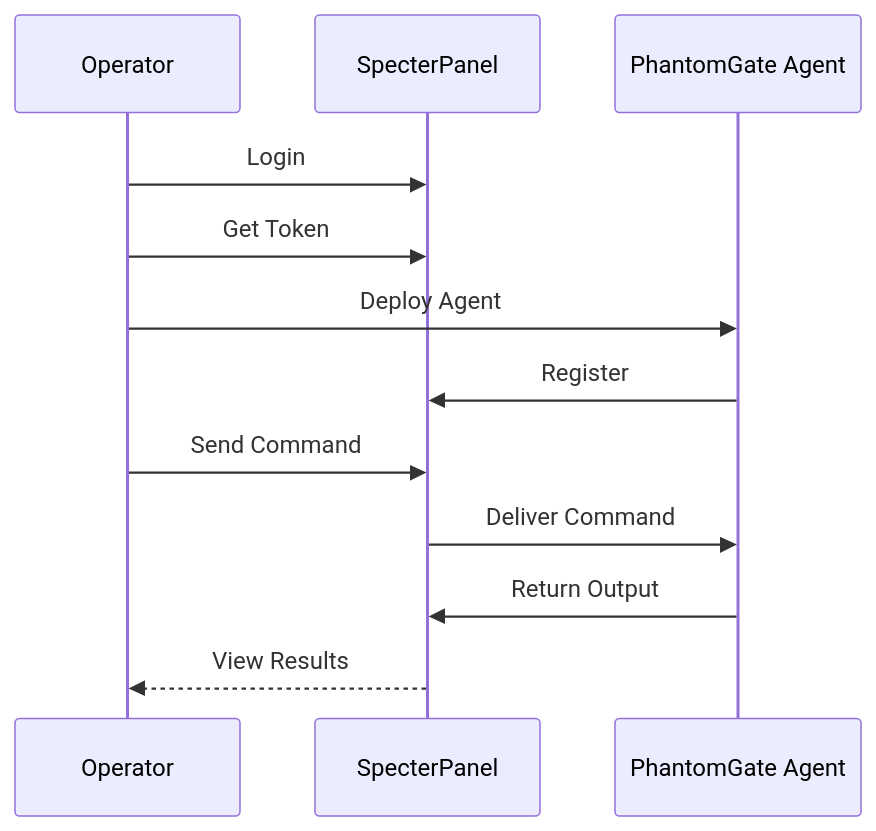
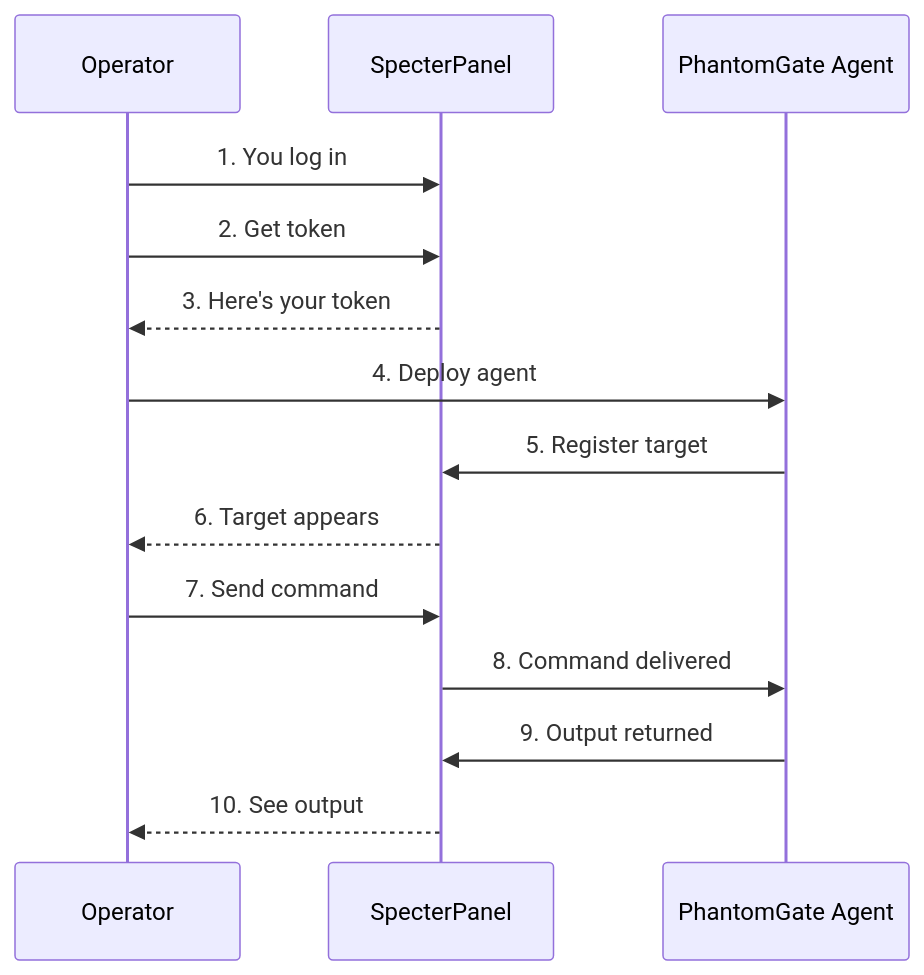
The diagram in README.md (omerKkemal/oh-tool-v2), drawn with Mermaid before and after one commit. The commit also changed other lines of this file, not shown here.

````diff
--- a/README.md
+++ b/README.md
@@ -58,12 +59,14 @@
 ```mermaid
 sequenceDiagram
     
-    Operator ->> SpecterPanel: Login
-    Operator ->> SpecterPanel: Get Token
-    Operator ->> PhantomGate Agent: Deploy Agent
-    PhantomGate Agent ->> SpecterPanel: Register
-    Operator ->> SpecterPanel: Send Command
-    SpecterPanel ->> PhantomGate Agent: Deliver Command
-    PhantomGate Agent ->> SpecterPanel: Return Output
-    SpecterPanel -->> Operator: View Results
+    Operator ->> SpecterPanel: 1. You log in
+    Operator ->> SpecterPanel: 2. Get token
+    SpecterPanel -->> Operator: 3. Here's your token
+    Operator ->> PhantomGate Agent: 4. Deploy agent
+    PhantomGate Agent ->> SpecterPanel: 5. Register target
+    SpecterPanel -->> Operator: 6. Target appears
+    Operator ->> SpecterPanel: 7. Send command
+    SpecterPanel ->> PhantomGate Agent: 8. Command delivered
+    PhantomGate Agent ->> SpecterPanel: 9. Output returned
+    SpecterPanel -->> Operator: 10. See output
 ```
````
